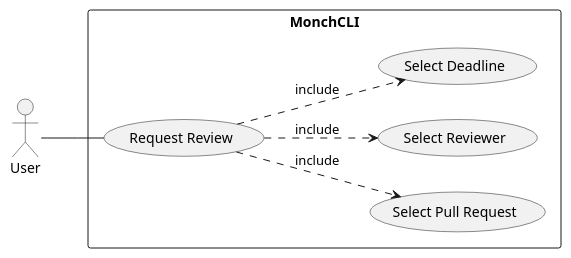
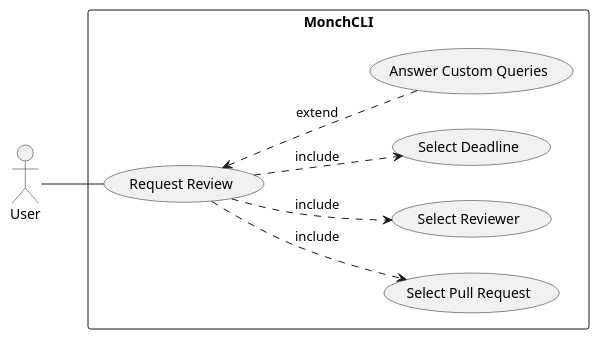
The diagram in doc/uml/review-usecase.plantuml (ataka/MonchCLI), drawn with PlantUML before and after one commit. The commit also changed 1 other file, not shown here.

Commit message:
Add a usecase 'Answer Custom Queries' to a review UseCase diagram

```diff
--- a/doc/uml/review-usecase.plantuml
+++ b/doc/uml/review-usecase.plantuml
@@ -1,22 +1,24 @@
 @startuml
 left to right direction
 
 actor :User: as user
 
 rectangle MonchCLI {
   usecase "Request Review" as review
 '   usecase "Assign Task in Chatwork" as review_chatwork
 '   usecase "Set Reviewer in GitHub" as review_github
   usecase "Select Pull Request" as select_pr
   usecase "Select Reviewer" as select_reviewer
   usecase "Select Deadline" as select_deadline
+  usecase "Answer Custom Queries" as answer_custom_queries
 }
 
 user -- review
 ' review <|-l- review_chatwork
 ' review <|-l- review_github
 review ..> select_pr : include
 review ..> select_reviewer : include
 review ..> select_deadline : include
+review <.. answer_custom_queries : extend
 
 @enduml
```
